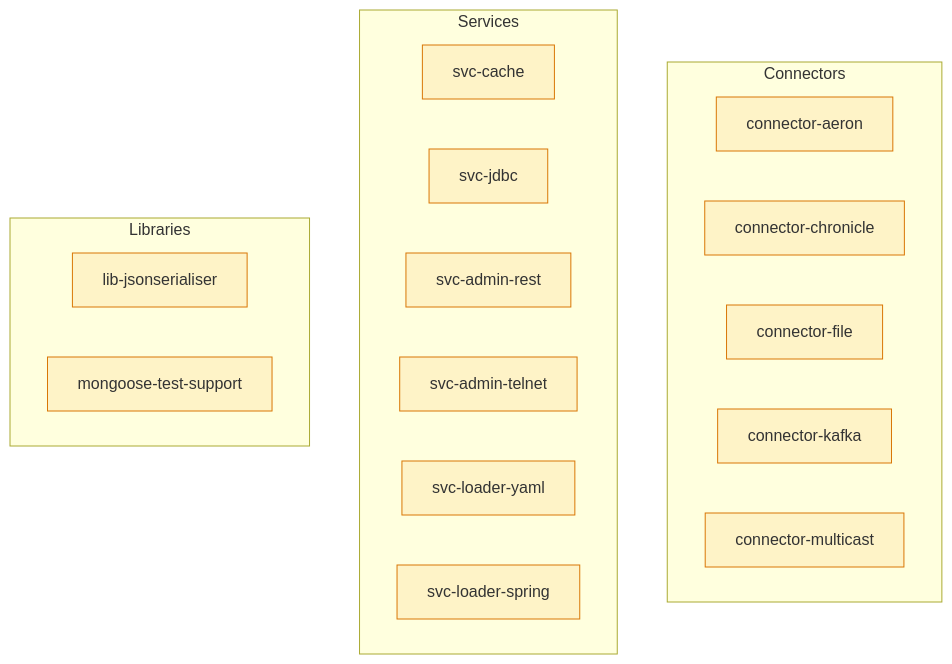
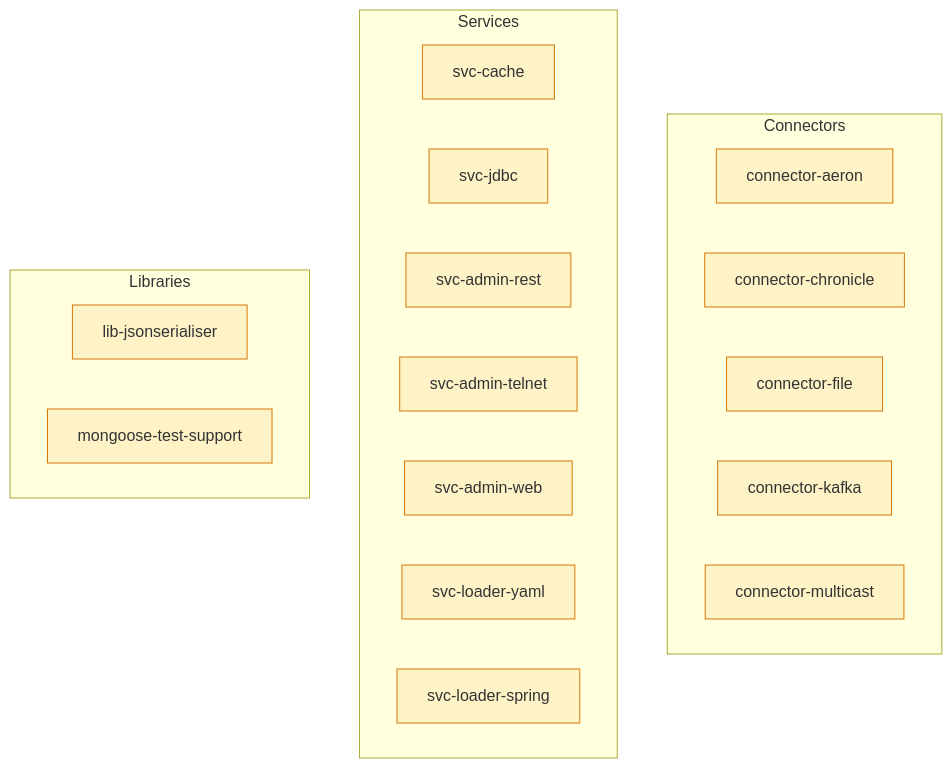
Before and after one commit to telaminai/mongoose-plugins: the seventh of 10 diagrams in docs/the-stack.md, drawn with Mermaid. The commit also changed other lines of this file and 8 other files, not shown here.

First line of the commit message:
docs: integrate svc-admin-web mentions across documentation

````diff
--- a/docs/the-stack.md
+++ b/docs/the-stack.md
@@ -332,29 +332,30 @@
 ```mermaid
 flowchart TB
     classDef cat fill:#fef3c7,stroke:#d97706
 
     subgraph CON[Connectors]
         direction LR
         C1[connector-aeron]:::cat
         C2[connector-chronicle]:::cat
         C3[connector-file]:::cat
         C4[connector-kafka]:::cat
         C5[connector-multicast]:::cat
     end
 
     subgraph SVC[Services]
         direction LR
         S1[svc-cache]:::cat
         S2[svc-jdbc]:::cat
         S3[svc-admin-rest]:::cat
         S4[svc-admin-telnet]:::cat
-        S5[svc-loader-yaml]:::cat
-        S6[svc-loader-spring]:::cat
+        S5[svc-admin-web]:::cat
+        S6[svc-loader-yaml]:::cat
+        S7[svc-loader-spring]:::cat
     end
 
     subgraph LIB[Libraries]
         direction LR
         L1[lib-jsonserialiser]:::cat
         L2[mongoose-test-support]:::cat
     end
 ```
````
